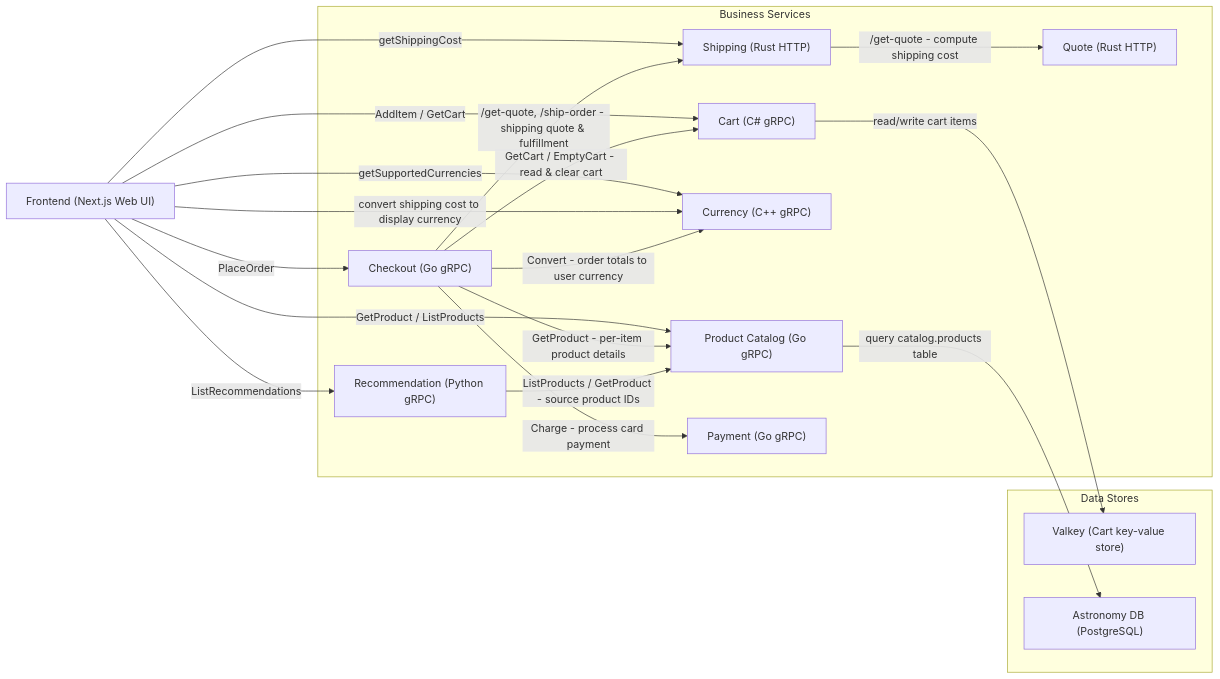
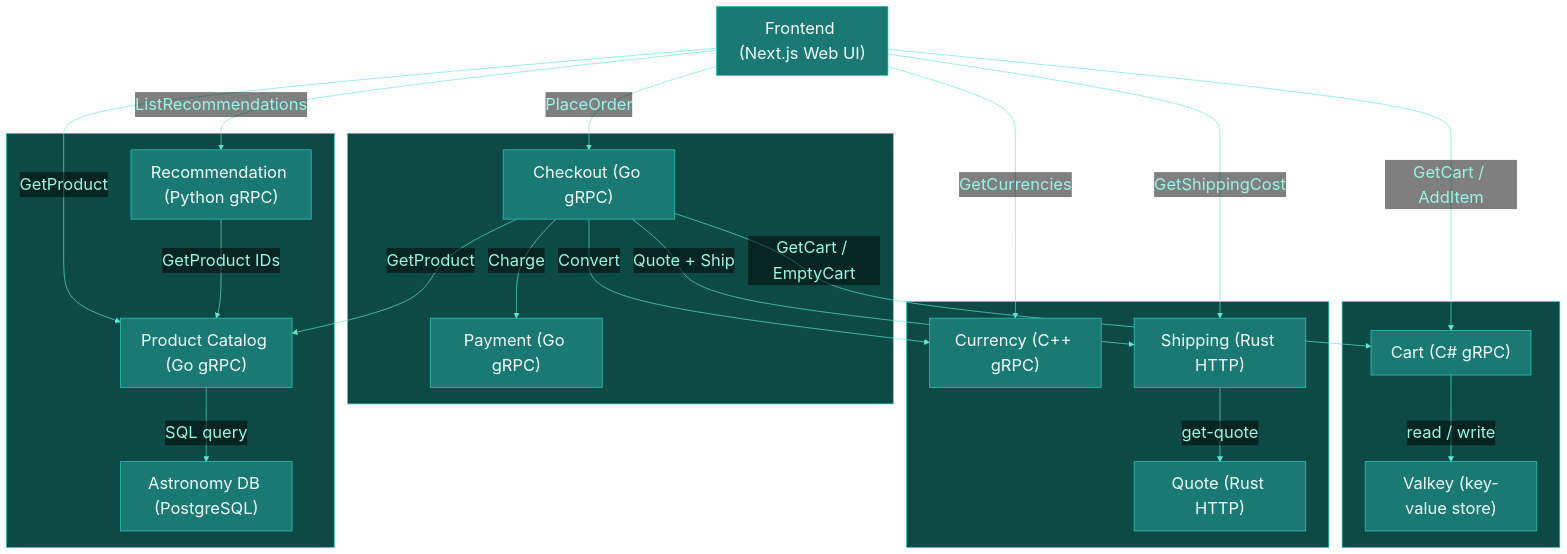
Before and after one commit to soul-bits/opentelemetry-demo: the fourth of 5 diagrams in service-interactions.md, drawn with Mermaid. The commit also changed other lines of this file, not shown here.

````diff
--- a/service-interactions.md
+++ b/service-interactions.md
@@ -195,43 +195,62 @@
 ```mermaid
-graph LR
+%%{init: {'theme': 'base', 'themeVariables': {
+  'primaryColor': '#1a7a73',
+  'primaryTextColor': '#f0fdfa',
+  'primaryBorderColor': '#2dd4bf',
+  'lineColor': '#5eead4',
+  'secondaryColor': '#0d4a45',
+  'tertiaryColor': '#0f3d39',
+  'clusterBkg': '#0d4a45',
+  'clusterBorder': '#2dd4bf',
+  'titleColor': '#f0fdfa',
+  'background': 'transparent',
+  'edgeLabelBackground': 'transparent',
+  'fontFamily': 'monospace',
+  'fontSize': '25px'
+}}}%%
+graph TB
 
   frontend["Frontend (Next.js Web UI)"]
 
-  subgraph "Business Services"
+  subgraph cartCluster[" "]
     cart["Cart (C# gRPC)"]
+    valkey_cart["Valkey (key-value store)"]
+  end
+
+  subgraph checkoutCluster[" "]
     checkout["Checkout (Go gRPC)"]
+    payment["Payment (Go gRPC)"]
+  end
+
+  subgraph catalogCluster[" "]
     product_catalog["Product Catalog (Go gRPC)"]
     recommendation["Recommendation (Python gRPC)"]
+    astronomy_db["Astronomy DB (PostgreSQL)"]
+  end
+
+  subgraph pricingCluster[" "]
     currency["Currency (C++ gRPC)"]
     shipping["Shipping (Rust HTTP)"]
     quote["Quote (Rust HTTP)"]
-    payment["Payment (Go gRPC)"]
   end
 
-  subgraph "Data Stores"
-    valkey_cart["Valkey (Cart key-value store)"]
-    astronomy_db["Astronomy DB (PostgreSQL)"]
-  end
+  frontend -->|GetCart / AddItem| cart
+  frontend -->|PlaceOrder| checkout
+  frontend -->|GetProduct| product_catalog
+  frontend -->|ListRecommendations| recommendation
+  frontend -->|GetCurrencies| currency
+  frontend -->|GetShippingCost| shipping
 
-  frontend -->|AddItem / GetCart| cart
-  frontend -->|PlaceOrder| checkout
-  frontend -->|GetProduct / ListProducts| product_catalog
-  frontend -->|ListRecommendations| recommendation
-  frontend -->|getSupportedCurrencies| currency
-  frontend -->|getShippingCost| shipping
-  frontend -->|convert shipping cost to display currency| currency
+  checkout -->|GetCart / EmptyCart| cart
+  checkout -->|GetProduct| product_catalog
+  checkout -->|Convert| currency
+  checkout -->|Quote + Ship| shipping
+  checkout -->|Charge| payment
 
-  checkout -->|GetCart / EmptyCart - read & clear cart| cart
-  checkout -->|GetProduct - per-item product details| product_catalog
-  checkout -->|Convert - order totals to user currency| currency
-  checkout -->|/get-quote, /ship-order - shipping quote & fulfillment| shipping
-  checkout -->|Charge - process card payment| payment
+  cart -->|read / write| valkey_cart
+  product_catalog -->|SQL query| astronomy_db
+  recommendation -->|GetProduct IDs| product_catalog
+  shipping -->|get-quote| quote
 
-  cart -->|read/write cart items| valkey_cart
-
-  product_catalog -->|query catalog.products table| astronomy_db
-
-  recommendation -->|ListProducts / GetProduct - source product IDs| product_catalog
-
-  shipping -->|/get-quote - compute shipping cost| quote
+  linkStyle default stroke:#5eead4,color:#99f6e4
 ```
````
